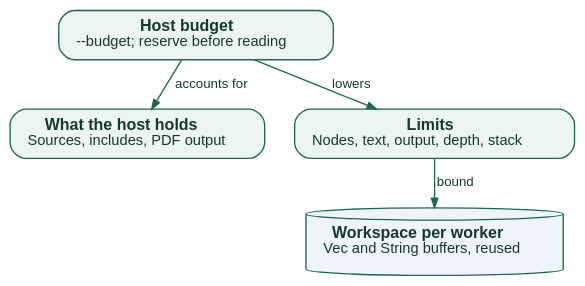
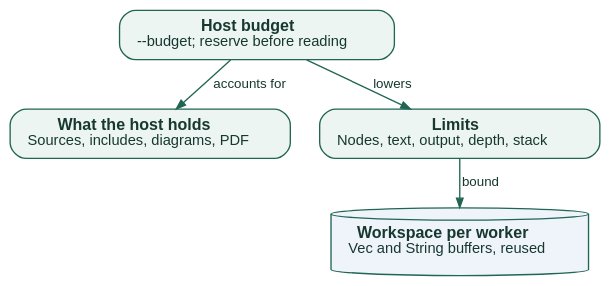
Before and after one commit to insanai/guidedog: the diagram in docs/manual/internals/memory.rst, drawn with Graphviz. The commit also changed other lines of this file and 240 other files, not shown here.

```diff
--- a/docs/manual/internals/memory.rst
+++ b/docs/manual/internals/memory.rst
@@ -9,19 +9,19 @@
 .. graphviz::
    :class: graphviz-adaptive
    :caption: Limits bound a conversion; the budget bounds what the host holds.
    :alt: The host budget counts sources, includes and outputs before they are read. Each conversion runs in a reused workspace bounded by Limits.
 
    digraph memory_architecture {
      graph [rankdir=TB, bgcolor="transparent", pad="0.22", nodesep="0.3", ranksep="0.35"];
      node [shape=box, style="rounded,filled", fillcolor="#edf5f2", color="#216553",
            fontname="Helvetica", fontcolor="#16382f", fontsize=12, margin="0.18,0.1"];
      edge [color="#216553", fontname="Helvetica", fontcolor="#16382f", fontsize=10, arrowsize=0.7];
      budget [label=<<B>Host budget</B><BR/><FONT POINT-SIZE="11">--budget; reserve before reading</FONT>>];
-     held [label=<<B>What the host holds</B><BR/><FONT POINT-SIZE="11">Sources, includes, PDF output</FONT>>];
+     held [label=<<B>What the host holds</B><BR/><FONT POINT-SIZE="11">Sources, includes, diagrams, PDF</FONT>>];
      limits [label=<<B>Limits</B><BR/><FONT POINT-SIZE="11">Nodes, text, output, depth, stack</FONT>>];
      work [class="gd-output", shape=cylinder, fillcolor="#eef4fa",
            label=<<B>Workspace per worker</B><BR/><FONT POINT-SIZE="11">Vec and String buffers, reused</FONT>>];
      budget -> held [label="accounts for"];
      budget -> limits [label="lowers"];
      limits -> work [label="bound"];
    }
```
